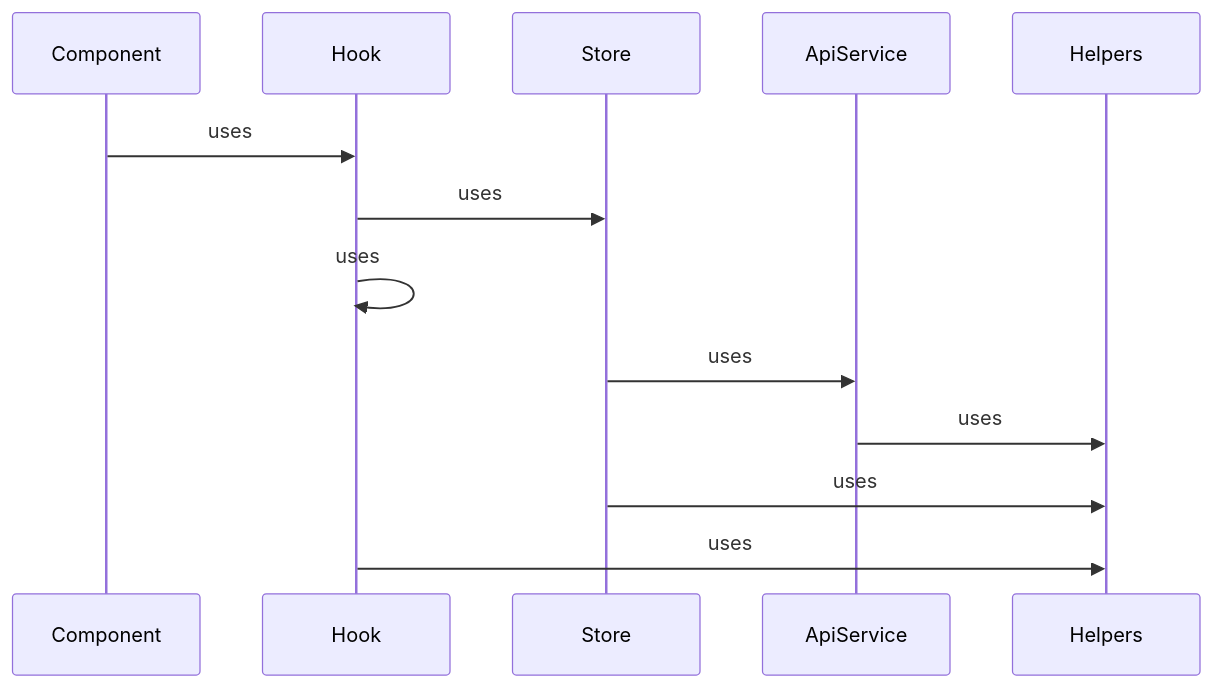
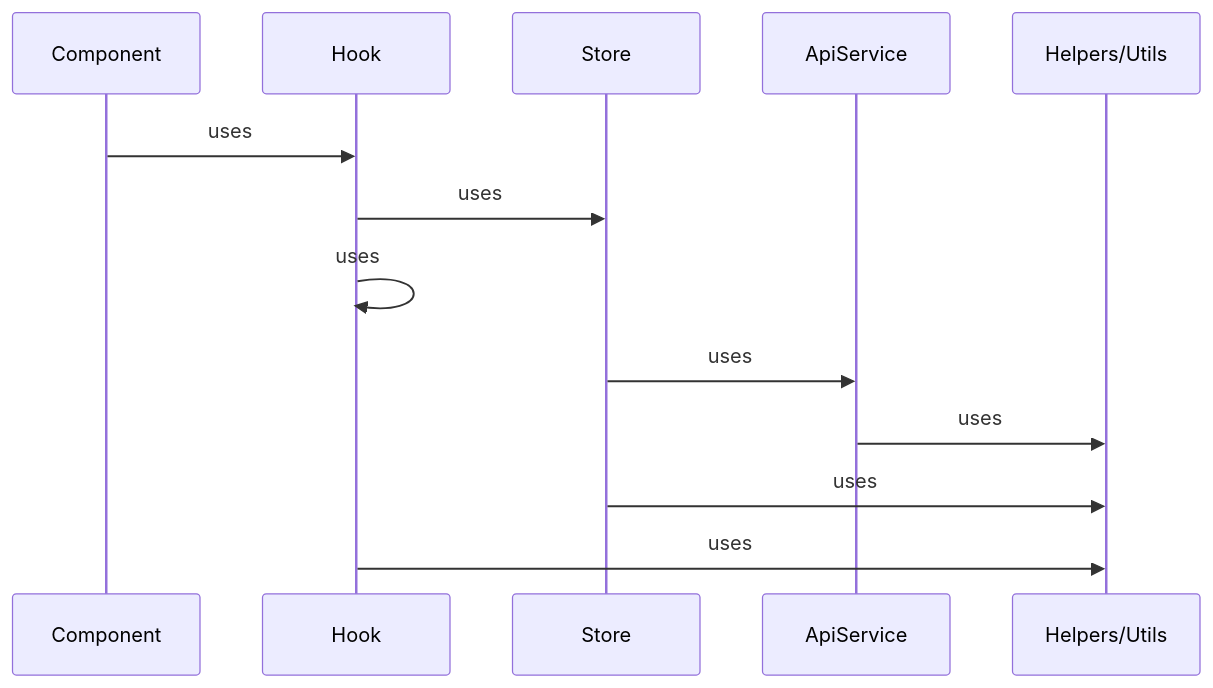
Before and after one commit to minhduc2611/rust-editor-fe: the diagram in README.md, drawn with Mermaid. The commit also changed 34 other files, not shown here.

````diff
--- a/README.md
+++ b/README.md
@@ -4,16 +4,16 @@
 ```mermaid
 sequenceDiagram
     participant Component
     participant Hook
     participant Store
     participant ApiService
-    participant Helpers
+    participant Helpers/Utils
 
 	Component->>Hook: uses
 	Hook->>Store: uses
 	Hook->>Hook: uses
 	Store->>ApiService: uses
-	ApiService->>Helpers : uses
-	Store->>Helpers : uses
-	Hook->>Helpers : uses
+	ApiService->>Helpers/Utils : uses
+	Store->>Helpers/Utils : uses
+	Hook->>Helpers/Utils : uses
 ```
````
